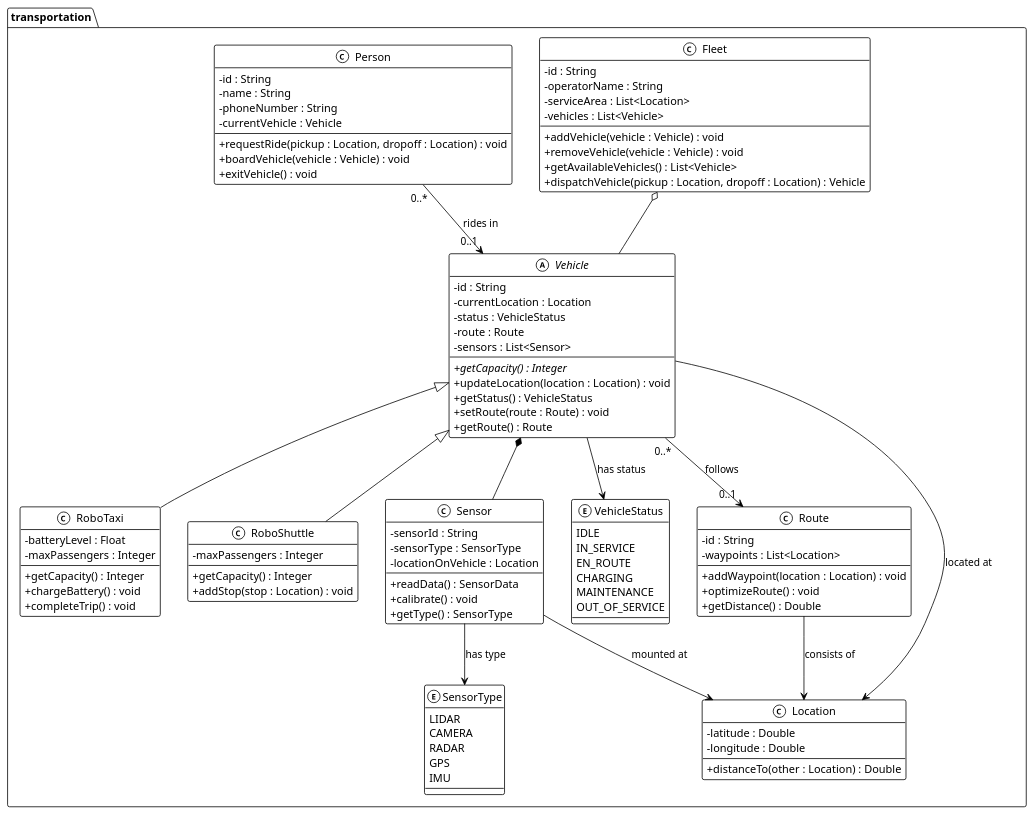
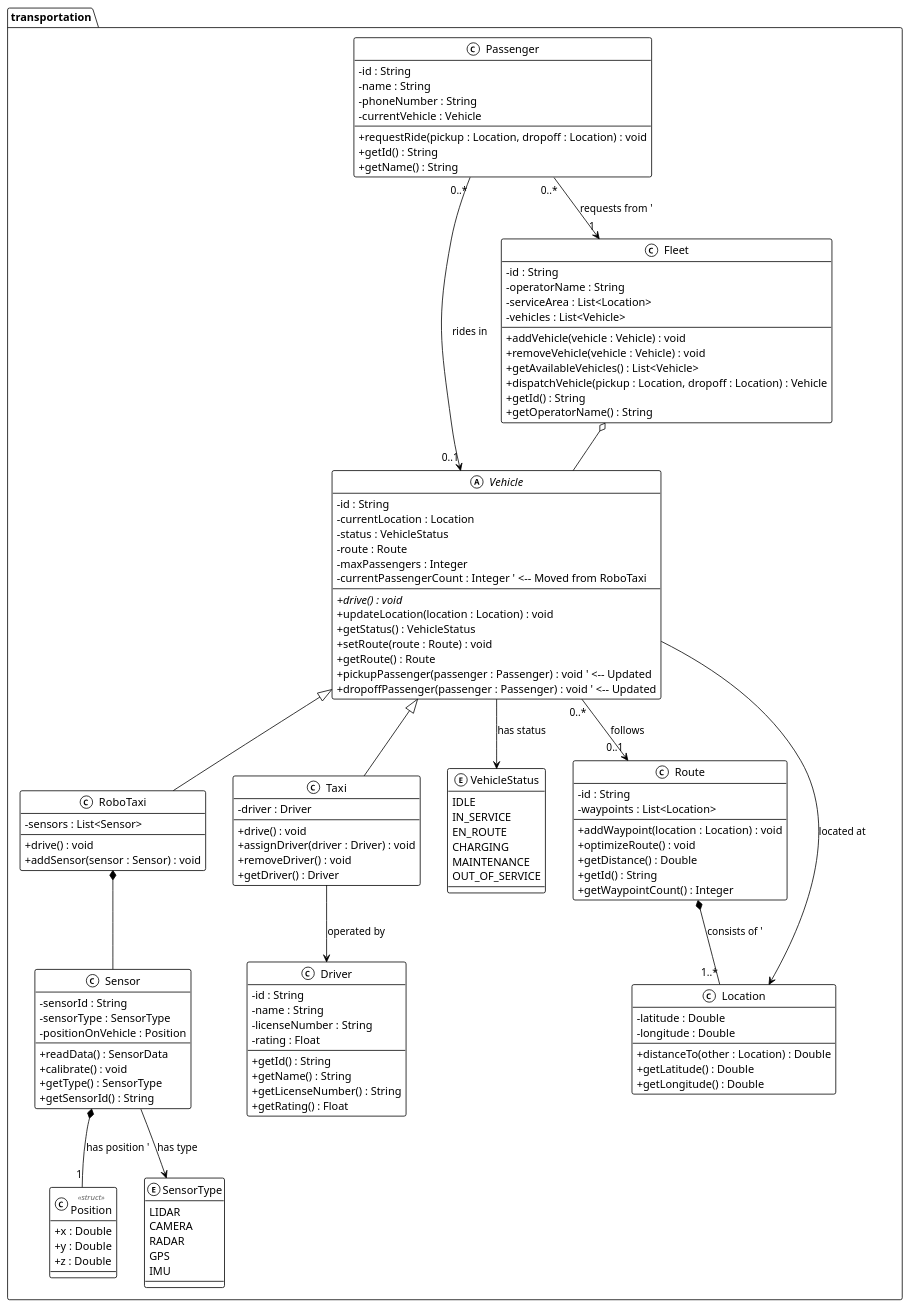
One commit to zstein13/enpm702-fall-2025 changed the diagram in week8/diagram/class_diagram.plantuml. Above: the diagram before and after it, drawn with PlantUML. The commit also changed 28 other files, not shown here.

```diff
--- a/week8/diagram/class_diagram.plantuml
+++ b/week8/diagram/class_diagram.plantuml
@@ -1,109 +1,158 @@
 @startuml
 skinparam monochrome true
 skinparam shadowing false
 !theme mono
 skinparam classAttributeIconSize 0
 namespace transportation {
+
+  ' Position struct for sensor mounting
+  class Position <<struct>> {
+    + x : Double
+    + y : Double
+    + z : Double
+  }
+
   ' Inheritance hierarchy
   abstract class Vehicle {
     - id : String
     - currentLocation : Location
     - status : VehicleStatus
     - route : Route
-    - sensors : List<Sensor>
+    - maxPassengers : Integer
+    - currentPassengerCount : Integer ' <-- Moved from RoboTaxi
     __
-    + {abstract} getCapacity() : Integer
+    + {abstract} drive() : void
     + updateLocation(location : Location) : void
     + getStatus() : VehicleStatus
     + setRoute(route : Route) : void
     + getRoute() : Route
+    + pickupPassenger(passenger : Passenger) : void ' <-- Updated
+    + dropoffPassenger(passenger : Passenger) : void ' <-- Updated
   }
+
   class RoboTaxi {
-    - batteryLevel : Float
-    - maxPassengers : Integer
+    - sensors : List<Sensor>
+    ' - currentPassengerCount : Integer ' <-- Removed
     __
-    + getCapacity() : Integer
-    + chargeBattery() : void
-    + completeTrip() : void
+    + drive() : void
+    + addSensor(sensor : Sensor) : void
   }
-  class RoboShuttle {
-    - maxPassengers : Integer
+
+  class Taxi {
+    - driver : Driver
     __
-    + getCapacity() : Integer
-    + addStop(stop : Location) : void
+    + drive() : void
+    + assignDriver(driver : Driver) : void
+    + removeDriver() : void
+    + getDriver() : Driver
   }
-  ' Composition - Sensors are part of Vehicle
+
+  class Driver {
+    - id : String
+    - name : String
+    - licenseNumber : String
+    - rating : Float
+    __
+    + getId() : String
+    + getName() : String
+    + getLicenseNumber() : String
+    + getRating() : Float
+  }
+
+  ' Composition - Sensors are part of RoboTaxi
   class Sensor {
     - sensorId : String
     - sensorType : SensorType
-    - locationOnVehicle : Location
+    - positionOnVehicle : Position
     __
     + readData() : SensorData
     + calibrate() : void
     + getType() : SensorType
+    + getSensorId() : String
   }
+
   enum SensorType {
     LIDAR
     CAMERA
     RADAR
     GPS
     IMU
   }
+
   enum VehicleStatus {
     IDLE
     IN_SERVICE
     EN_ROUTE
     CHARGING
     MAINTENANCE
     OUT_OF_SERVICE
   }
+
   ' Aggregation - Fleet contains Vehicles
   class Fleet {
     - id : String
     - operatorName : String
     - serviceArea : List<Location>
     - vehicles : List<Vehicle>
     __
     + addVehicle(vehicle : Vehicle) : void
     + removeVehicle(vehicle : Vehicle) : void
     + getAvailableVehicles() : List<Vehicle>
     + dispatchVehicle(pickup : Location, dropoff : Location) : Vehicle
+    + getId() : String
+    + getOperatorName() : String
   }
+
   class Route {
     - id : String
     - waypoints : List<Location>
     __
     + addWaypoint(location : Location) : void
     + optimizeRoute() : void
     + getDistance() : Double
+    + getId() : String
+    + getWaypointCount() : Integer
   }
+
   class Location {
     - latitude : Double
     - longitude : Double
     __
     + distanceTo(other : Location) : Double
+    + getLatitude() : Double
+    + getLongitude() : Double
   }
-  class Person {
+
+  class Passenger {
     - id : String
     - name : String
     - phoneNumber : String
     - currentVehicle : Vehicle
+    ' - fleet : Fleet ' <-- Implied by new association
     __
     + requestRide(pickup : Location, dropoff : Location) : void
-    + boardVehicle(vehicle : Vehicle) : void
-    + exitVehicle() : void
+    ' + boardVehicle(vehicle : Vehicle) : void ' <-- Removed
+    ' + exitVehicle() : void ' <-- Removed
+    + getId() : String
+    + getName() : String
   }
+
   ' Relationships
   Vehicle <|-- RoboTaxi
-  Vehicle <|-- RoboShuttle
-  Vehicle *-- Sensor
+  Vehicle <|-- Taxi
+  
+  RoboTaxi *-- Sensor
+  Taxi --> Driver : operated by
+  
   Fleet o-- Vehicle
   Vehicle "0..*" --> "0..1" Route : follows
+  
   Sensor --> SensorType : has type
-  Sensor --> Location : mounted at
+  Sensor *-- "1" Position : has position ' 
   Vehicle --> Location : located at
   Vehicle --> VehicleStatus : has status
-  Route --> Location : consists of
-  Person "0..*" --> "0..1" Vehicle : rides in
+  Route *-- "1..*" Location : consists of ' 
+  Passenger "0..*" --> "0..1" Vehicle : rides in
+  Passenger "0..*" --> "1" Fleet : requests from '
 }
 @enduml
```
